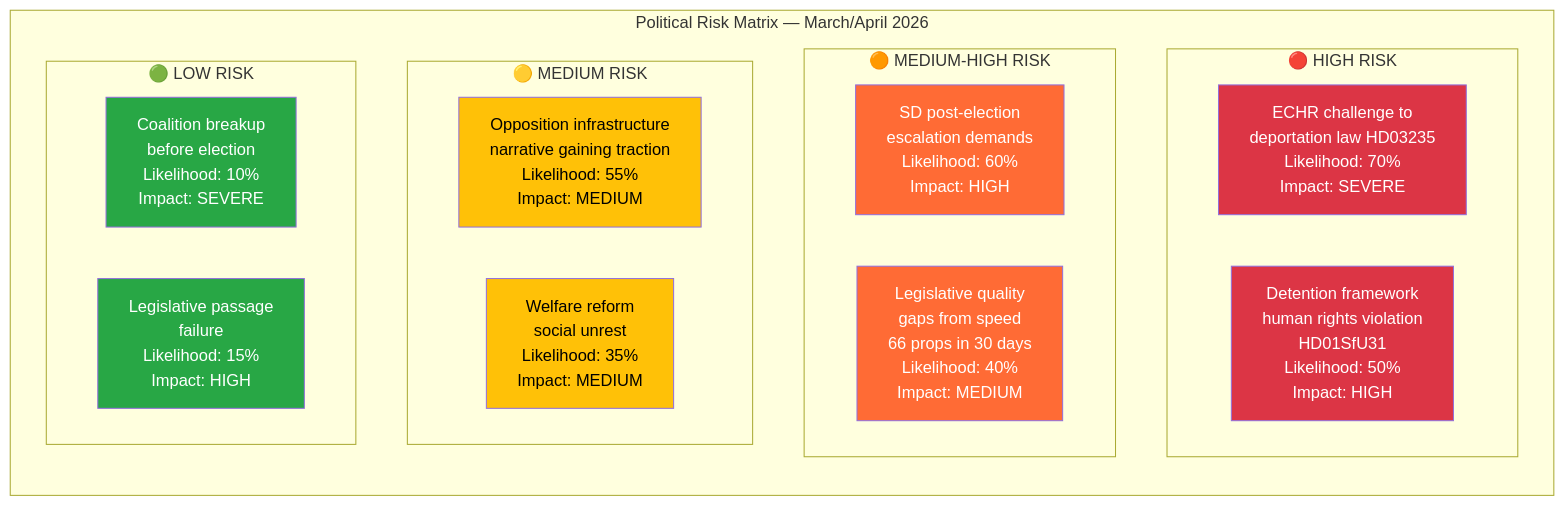
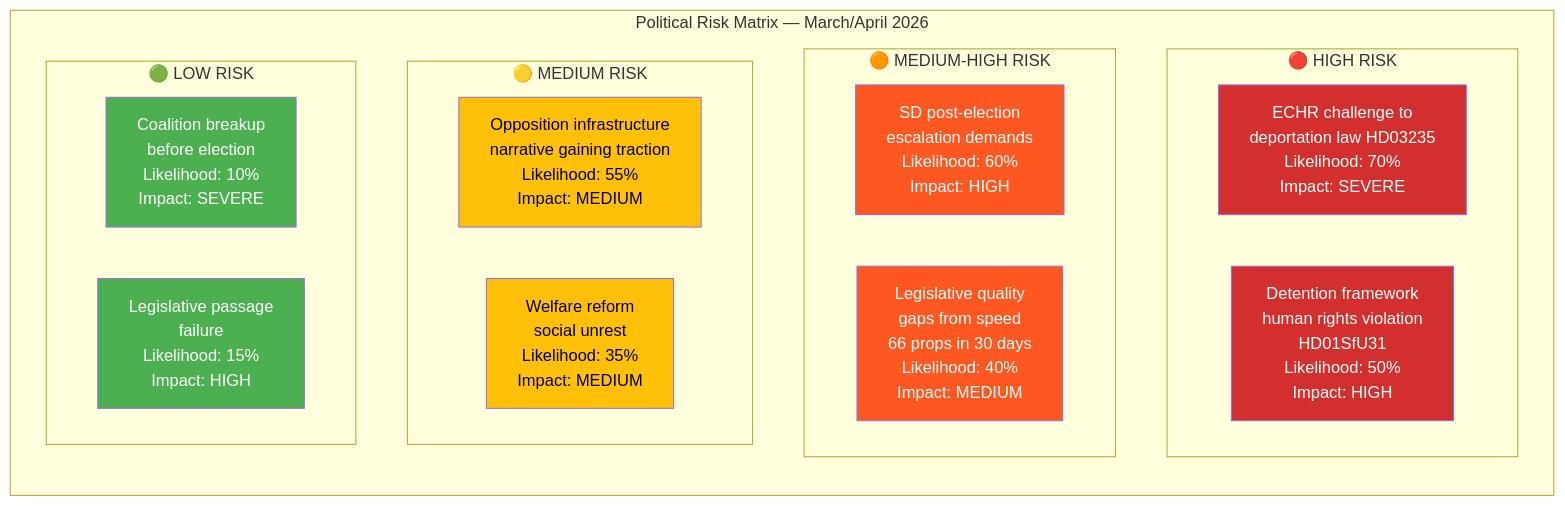
One commit to Hack23/riksdagsmonitor changed the diagram in analysis/daily/2026-04-12/monthly-review/risk-assessment.md. Above: the diagram before and after it, drawn with Mermaid. The commit also changed 785 other files, not shown here.

First line of the commit message:
Normalize mermaid colors across 786 analysis artifacts to ISMS Style Guide palette

````diff
--- a/analysis/daily/2026-04-12/monthly-review/risk-assessment.md
+++ b/analysis/daily/2026-04-12/monthly-review/risk-assessment.md
@@ -16,30 +16,30 @@
 ```mermaid
 graph TD
     subgraph "Political Risk Matrix — March/April 2026"
         direction TB
         subgraph "🔴 HIGH RISK"
             HR1["ECHR challenge to<br/>deportation law HD03235<br/>Likelihood: 70%<br/>Impact: SEVERE"]
             HR2["Detention framework<br/>human rights violation<br/>HD01SfU31<br/>Likelihood: 50%<br/>Impact: HIGH"]
         end
         subgraph "🟠 MEDIUM-HIGH RISK"
             MHR1["SD post-election<br/>escalation demands<br/>Likelihood: 60%<br/>Impact: HIGH"]
             MHR2["Legislative quality<br/>gaps from speed<br/>66 props in 30 days<br/>Likelihood: 40%<br/>Impact: MEDIUM"]
         end
         subgraph "🟡 MEDIUM RISK"
             MR1["Opposition infrastructure<br/>narrative gaining traction<br/>Likelihood: 55%<br/>Impact: MEDIUM"]
             MR2["Welfare reform<br/>social unrest<br/>Likelihood: 35%<br/>Impact: MEDIUM"]
         end
         subgraph "🟢 LOW RISK"
             LR1["Coalition breakup<br/>before election<br/>Likelihood: 10%<br/>Impact: SEVERE"]
             LR2["Legislative passage<br/>failure<br/>Likelihood: 15%<br/>Impact: HIGH"]
         end
     end
-    style HR1 fill:#dc3545,color:#fff
-    style HR2 fill:#dc3545,color:#fff
-    style MHR1 fill:#ff6b35,color:#fff
-    style MHR2 fill:#ff6b35,color:#fff
-    style MR1 fill:#ffc107,color:#000
-    style MR2 fill:#ffc107,color:#000
-    style LR1 fill:#28a745,color:#fff
-    style LR2 fill:#28a745,color:#fff
+    style HR1 fill:#D32F2F,color:#FFFFFF
+    style HR2 fill:#D32F2F,color:#FFFFFF
+    style MHR1 fill:#FF5722,color:#FFFFFF
+    style MHR2 fill:#FF5722,color:#FFFFFF
+    style MR1 fill:#FFC107,color:#000000
+    style MR2 fill:#FFC107,color:#000000
+    style LR1 fill:#4CAF50,color:#FFFFFF
+    style LR2 fill:#4CAF50,color:#FFFFFF
 ```
````
